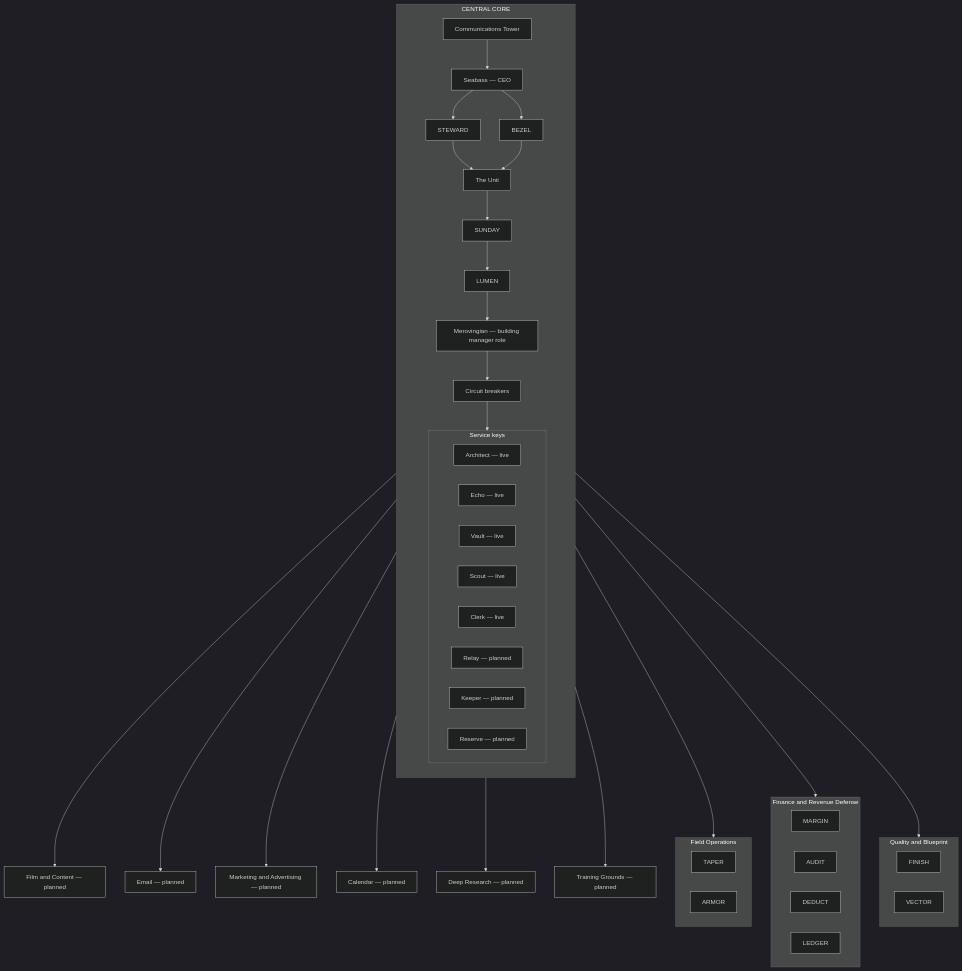
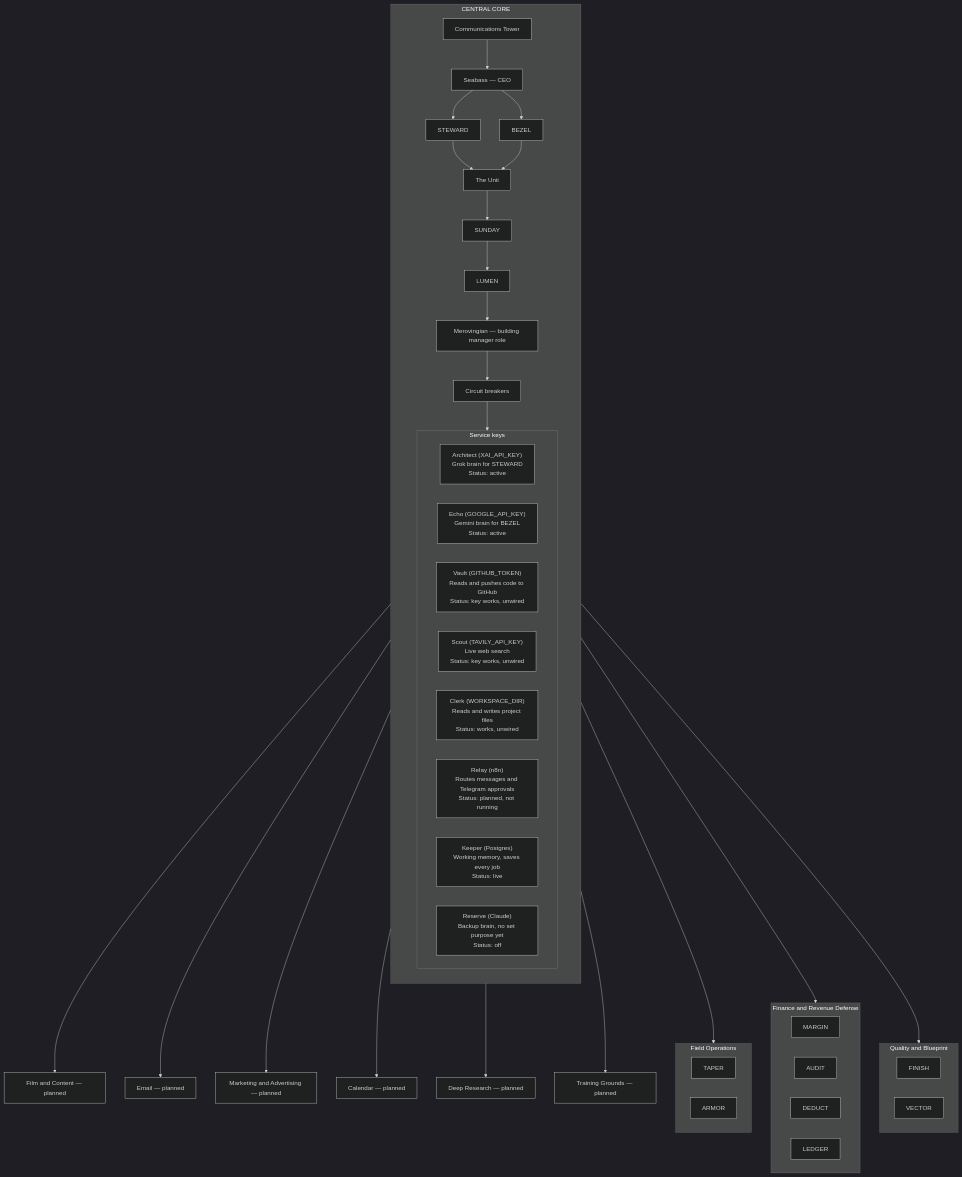
Before and after one commit to seabasskrahn/cross-coat-matrix: the diagram in docs/MIND_MAP.md, drawn with Mermaid (dark theme). The commit also changed other lines of this file, not shown here.

Commit message:
Mind map: expand service desks with key, role and status

````diff
--- a/docs/MIND_MAP.md
+++ b/docs/MIND_MAP.md
@@ -10,72 +10,72 @@
 ```mermaid
 flowchart TD
     subgraph CORE["CENTRAL CORE"]
         direction TB
         CT["Communications Tower"]
         CEO["Seabass — CEO"]
         STW["STEWARD"]
         BZL["BEZEL"]
         UNIT["The Unit"]
         SUN["SUNDAY"]
         LUM["LUMEN"]
         MER["Merovingian — building manager role"]
         CB["Circuit breakers"]
 
         subgraph KEYS["Service keys"]
             direction LR
-            K1["Architect — live"]
-            K2["Echo — live"]
-            K3["Vault — live"]
-            K4["Scout — live"]
-            K5["Clerk — live"]
-            P1["Relay — planned"]
-            P2["Keeper — planned"]
-            P3["Reserve — planned"]
+            K1["Architect (XAI_API_KEY)<br/>Grok brain for STEWARD<br/>Status: active"]
+            K2["Echo (GOOGLE_API_KEY)<br/>Gemini brain for BEZEL<br/>Status: active"]
+            K3["Vault (GITHUB_TOKEN)<br/>Reads and pushes code to GitHub<br/>Status: key works, unwired"]
+            K4["Scout (TAVILY_API_KEY)<br/>Live web search<br/>Status: key works, unwired"]
+            K5["Clerk (WORKSPACE_DIR)<br/>Reads and writes project files<br/>Status: works, unwired"]
+            P1["Relay (n8n)<br/>Routes messages and Telegram approvals<br/>Status: planned, not running"]
+            P2["Keeper (Postgres)<br/>Working memory, saves every job<br/>Status: live"]
+            P3["Reserve (Claude)<br/>Backup brain, no set purpose yet<br/>Status: off"]
         end
 
         CT --> CEO
         CEO --> STW
         CEO --> BZL
         STW --> UNIT
         BZL --> UNIT
         UNIT --> SUN
         SUN --> LUM
         LUM --> MER
         MER --> CB
         CB --> KEYS
     end
 
     CT --> FIELD
     CT --> MONEY
     CT --> QUAL
     CT --> FILM
     CT --> MAIL
     CT --> MKT
     CT --> CAL
     CT --> RES
     CT --> TRN
 
     subgraph FIELD["Field Operations"]
         TAP["TAPER"]
         ARM["ARMOR"]
     end
 
     subgraph MONEY["Finance and Revenue Defense"]
         MAR["MARGIN"]
         AUD["AUDIT"]
         DED["DEDUCT"]
         LED["LEDGER"]
     end
 
     subgraph QUAL["Quality and Blueprint"]
         FIN["FINISH"]
         VEC["VECTOR"]
     end
 
     FILM["Film and Content — planned"]
     MAIL["Email — planned"]
     MKT["Marketing and Advertising — planned"]
     CAL["Calendar — planned"]
     RES["Deep Research — planned"]
     TRN["Training Grounds — planned"]
 ```
````
